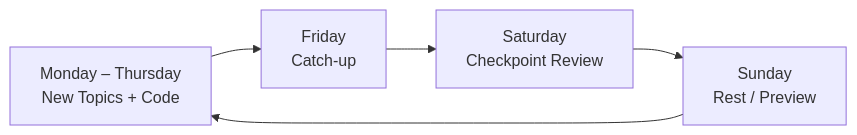
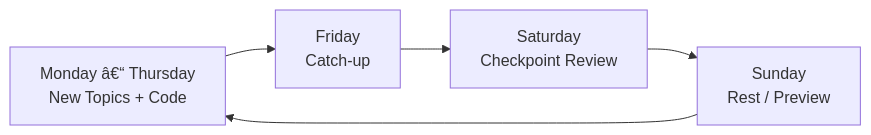
Before and after one commit to Raushan666java/ai-engineering-journey: the third of 3 diagrams in docs/courses/ai-agent-engineer/00-index.md, drawn with Mermaid. The commit also changed other lines of this file and 735 other files, not shown here.

````diff
--- a/docs/courses/ai-agent-engineer/00-index.md
+++ b/docs/courses/ai-agent-engineer/00-index.md
@@ -794,7 +794,7 @@
 ```mermaid
 flowchart LR
-    W["Monday – Thursday<br/>New Topics + Code"] --> F["Friday<br/>Catch-up"]
+    W["Monday â€“ Thursday<br/>New Topics + Code"] --> F["Friday<br/>Catch-up"]
     F --> S["Saturday<br/>Checkpoint Review"]
     S --> SUN["Sunday<br/>Rest / Preview"]
     SUN --> W
 ```
````
